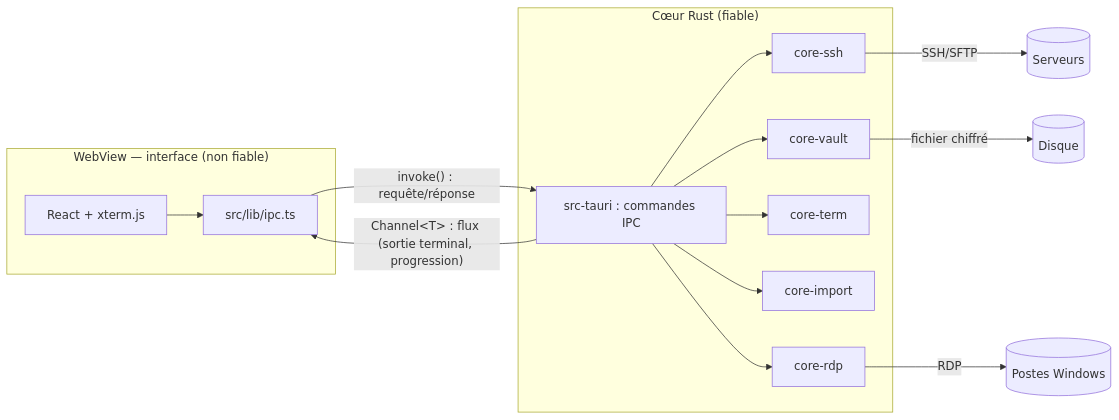
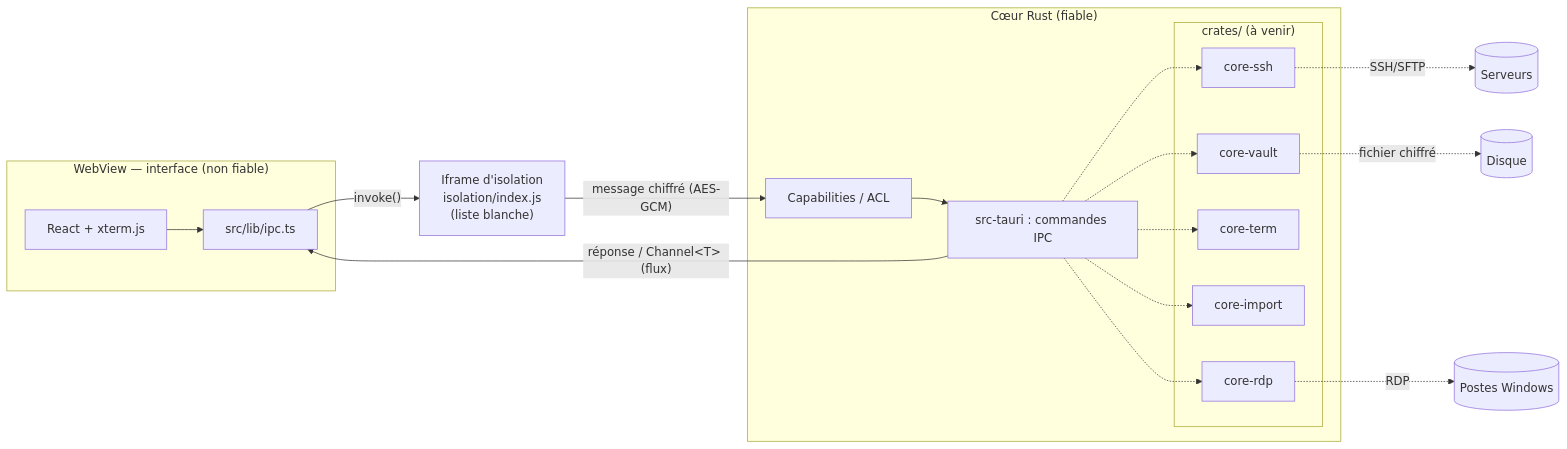
The first of 3 diagrams in docs/ARCHITECTURE.md (mlft9/vigie), drawn with Mermaid before and after one commit. The commit also changed other lines of this file and 3 other files, not shown here.

````diff
--- a/docs/ARCHITECTURE.md
+++ b/docs/ARCHITECTURE.md
@@ -11,22 +11,28 @@
 ```mermaid
 flowchart LR
     subgraph WebView["WebView — interface (non fiable)"]
         UI[React + xterm.js]
         IPCJS[src/lib/ipc.ts]
         UI --> IPCJS
     end
+    ISO["Iframe d'isolation<br/>isolation/index.js<br/>(liste blanche)"]
     subgraph Core["Cœur Rust (fiable)"]
+        ACL[Capabilities / ACL]
         CMD[src-tauri : commandes IPC]
-        SSH[core-ssh]
-        VAULT[core-vault]
-        TERM[core-term]
-        IMP[core-import]
-        RDP[core-rdp]
-        CMD --> SSH & VAULT & TERM & IMP & RDP
+        ACL --> CMD
+        subgraph Crates["crates/ (à venir)"]
+            SSH[core-ssh]
+            VAULT[core-vault]
+            TERM[core-term]
+            IMP[core-import]
+            RDP[core-rdp]
+        end
+        CMD -.-> SSH & VAULT & TERM & IMP & RDP
     end
-    IPCJS -- "invoke() : requête/réponse" --> CMD
-    CMD -- "Channel&lt;T&gt; : flux (sortie terminal, progression)" --> IPCJS
-    SSH -- SSH/SFTP --> SRV[(Serveurs)]
-    RDP -- RDP --> WIN[(Postes Windows)]
-    VAULT -- "fichier chiffré" --> DISK[(Disque)]
+    IPCJS -- "invoke()" --> ISO
+    ISO -- "message chiffré (AES-GCM)" --> ACL
+    CMD -- "réponse / Channel&lt;T&gt; (flux)" --> IPCJS
+    SSH -. SSH/SFTP .-> SRV[(Serveurs)]
+    RDP -. RDP .-> WIN[(Postes Windows)]
+    VAULT -. "fichier chiffré" .-> DISK[(Disque)]
 ```
````
